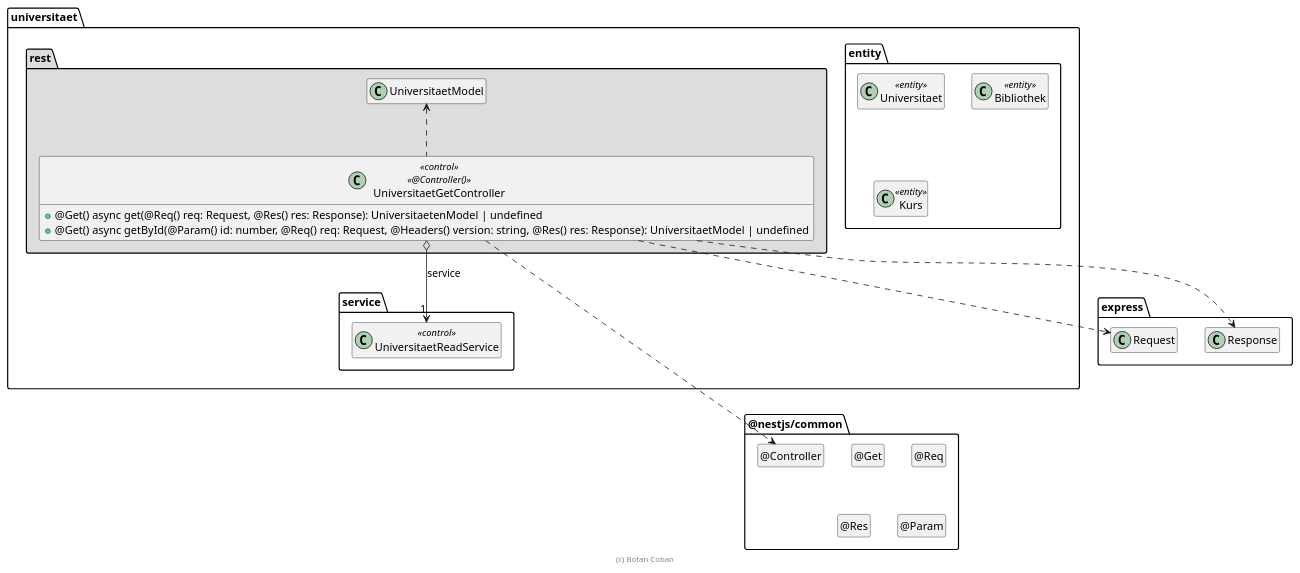
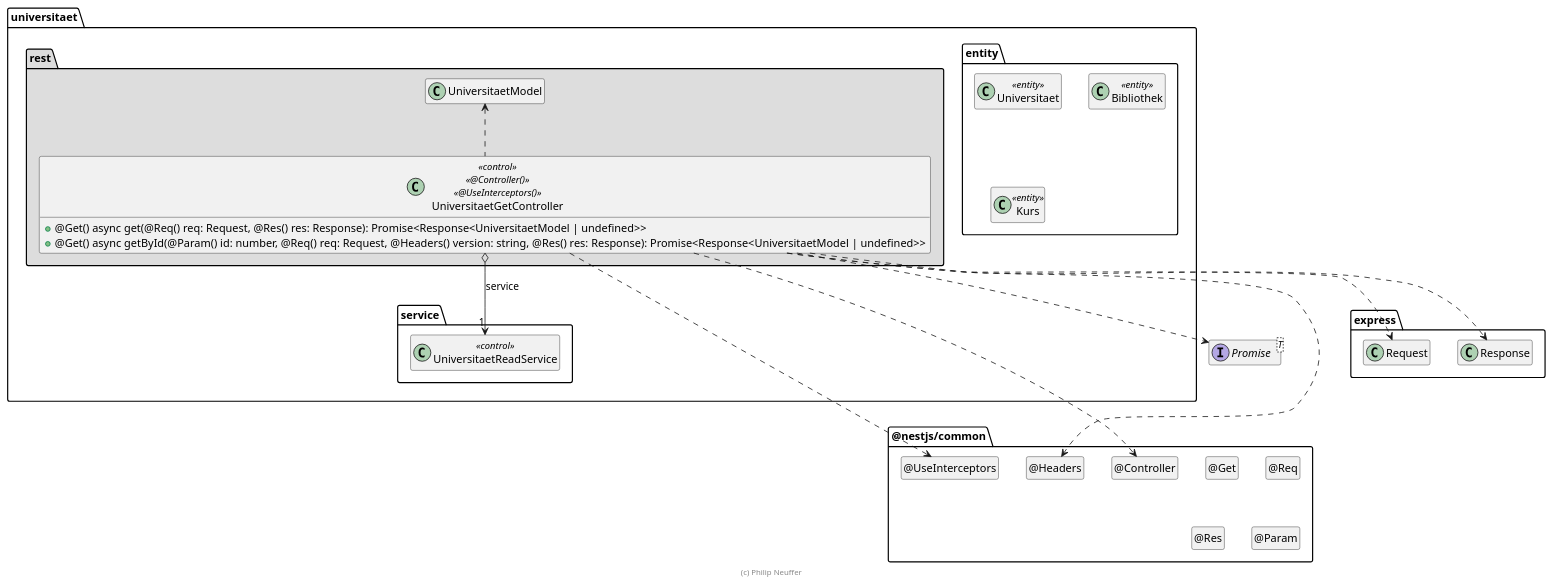
The diagram in .extras/doc/projekthandbuch/UniversitaetGetController.plantuml (rirag12345/SWE-Abgabe1-Gruppe1), drawn with PlantUML before and after one commit. The commit also changed other lines of this file, not shown here.

Commit message:
Klassendiagramm Get-Controller (v-1)

```diff
--- a/.extras/doc/projekthandbuch/UniversitaetGetController.plantuml
+++ b/.extras/doc/projekthandbuch/UniversitaetGetController.plantuml
@@ -19,57 +1,68 @@
 @startuml Controller-Klasse
+
+interface Promise<T>
 
 package @nestjs/common {
   class "@Controller" as Controller
   hide Controller circle
 
   class "@Get" as Get
   hide Get circle
 
   class "@Req" as Req
   hide Req circle
 
   class "@Res" as Res
   hide Res circle
 
   class "@Param" as Param
   hide Param circle
+
+  class "@Headers" as Headers
+  hide Headers circle
+
+  class "@UseInterceptors" as UseInterceptors
+  hide UseInterceptors circle
 }
 
 package express {
   class Request
   class Response
 
   Response .[hidden].> Controller
 }
 
 package universitaet {
   package entity #FFFFFF {
     class Universitaet <<entity>>
     class Bibliothek <<entity>>
     class Kurs <<entity>>
   }
 
   package service {
     class UniversitaetReadService << control >>
   }
 
   package rest #DDDDDD {
-    class UniversitaetGetController << control >> << @Controller() >> {
-      + @Get() async get(@Req() req: Request, @Res() res: Response): UniversitaetenModel | undefined
-      + @Get() async getById(@Param() id: number, @Req() req: Request, @Headers() version: string, @Res() res: Response): UniversitaetModel | undefined
+    class UniversitaetGetController << control >> << @Controller() >> << @UseInterceptors() >> {
+      + @Get() async get(@Req() req: Request, @Res() res: Response): Promise<Response<UniversitaetModel | undefined>>
+      + @Get() async getById(@Param() id: number, @Req() req: Request, @Headers() version: string, @Res() res: Response): Promise<Response<UniversitaetModel | undefined>>
     }
 
     UniversitaetGetController o--> "1" UniversitaetReadService : service
 
     UniversitaetGetController ..> Controller
     UniversitaetGetController ..> Request
     UniversitaetGetController ..> Response
+    UniversitaetGetController ..> Headers
+    UniversitaetGetController ..> UseInterceptors
+    UniversitaetGetController ..> Promise
     UniversitaetGetController .up.> UniversitaetModel
   }
 }
 
 hide empty members
 
-footer (c) Botan Coban
+footer (c) Philip Neuffer
 
 @enduml
```
